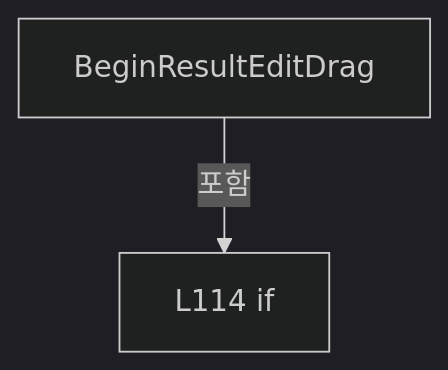
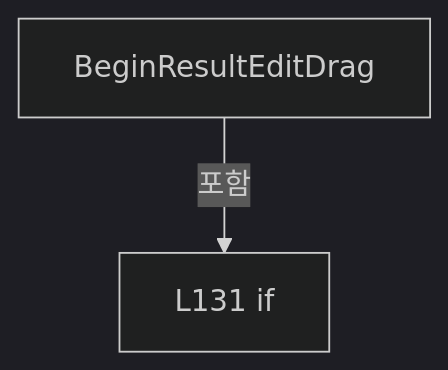
Before and after one commit to kjuws10-rgb/Shared: the fifth of 18 diagrams in A3 LD Code Ref/files/Drilling.UI/Views/CReviewDataView.xaml.cs.md, drawn with Mermaid (dark theme). The commit also changed other lines of this file and 2071 other files, not shown here.

Commit message:
docs(a3): update 11.19.0 architecture and code reference

````diff
--- a/A3 LD Code Ref/files/Drilling.UI/Views/CReviewDataView.xaml.cs.md
+++ b/A3 LD Code Ref/files/Drilling.UI/Views/CReviewDataView.xaml.cs.md
@@ -543,6 +658,6 @@
 ```mermaid
 flowchart TD
  M["BeginResultEditDrag"]
- N0["L114 if"]
+ N0["L131 if"]
  M -->|포함| N0
 ```
````
